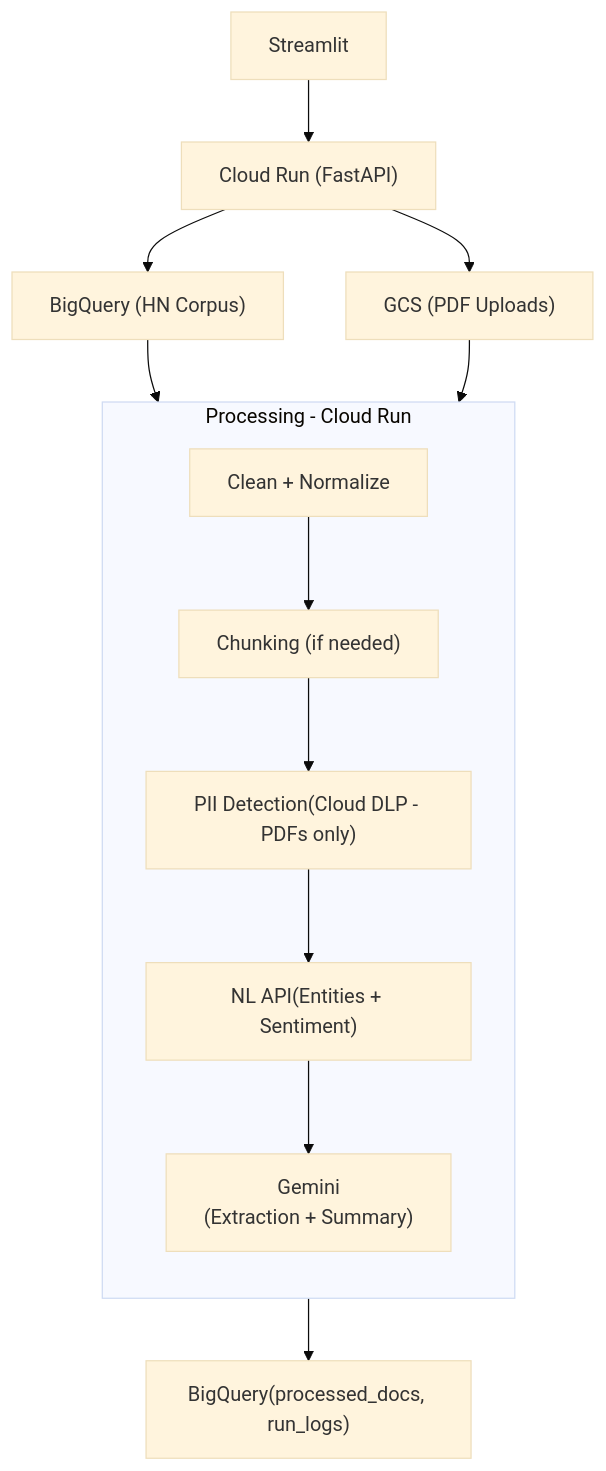
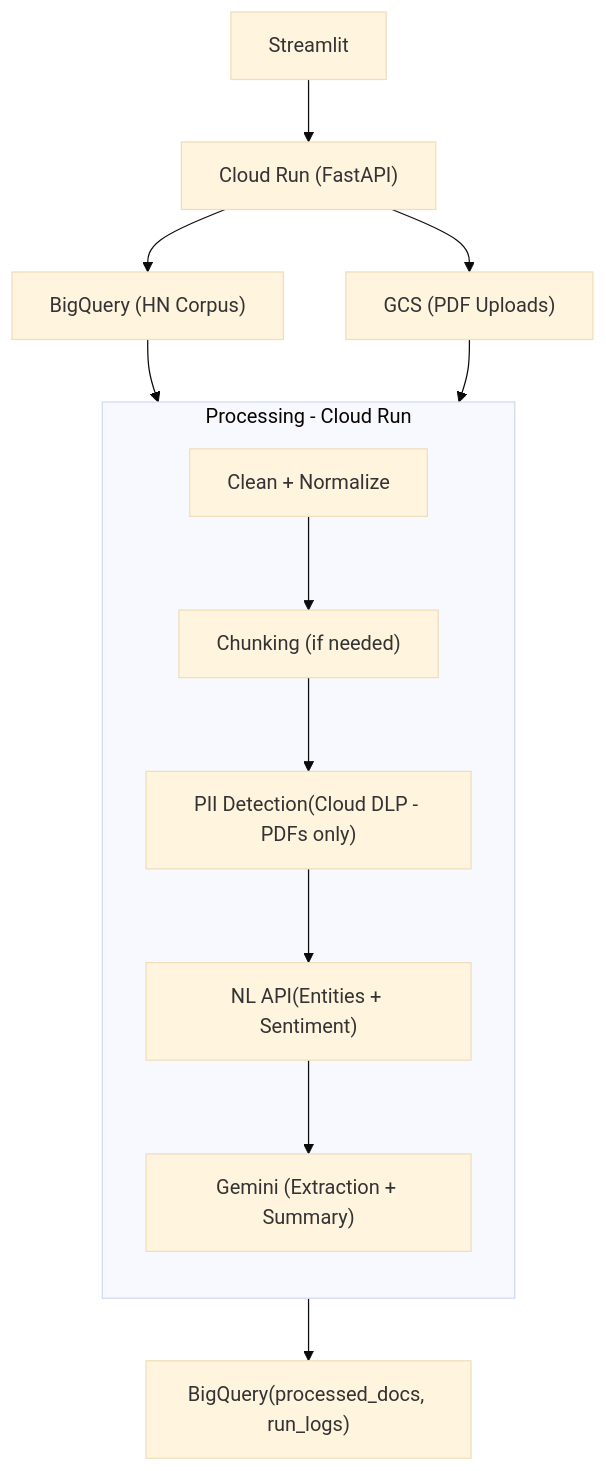
One commit to AthiraSreenath/gcp-document-intelligence-system changed the diagram in README.md. Above: the diagram before and after it, drawn with Mermaid (base theme). The commit also changed 1 other file, not shown here.

Commit message:
Typo fixing

````diff
--- a/README.md
+++ b/README.md
@@ -26,28 +26,28 @@
 ```mermaid
 flowchart TD
     UI["Streamlit"]
     CR["Cloud Run (FastAPI)"]
     BQ_IN["BigQuery (HN Corpus)"]
     GCS["GCS (PDF Uploads)"]
 
     subgraph PROC["Processing - Cloud Run"]
         direction TB
         P1["Clean + Normalize"]
         P2["Chunking (if needed)"]
         P3["PII Detection(Cloud DLP - PDFs only)"]
         P4["NL API(Entities + Sentiment)"]
-        P5["Gemini\n(Extraction + Summary)"]
+        P5["Gemini (Extraction + Summary)"]
 
         P1 --> P2 --> P3 --> P4
         P4 --> P5
     end
 
     BQ_OUT["BigQuery(processed_docs, run_logs)"]
 
     UI --> CR
     CR --> BQ_IN
     CR --> GCS
     BQ_IN --> PROC
     GCS --> PROC
     PROC --> BQ_OUT
 ```
````
